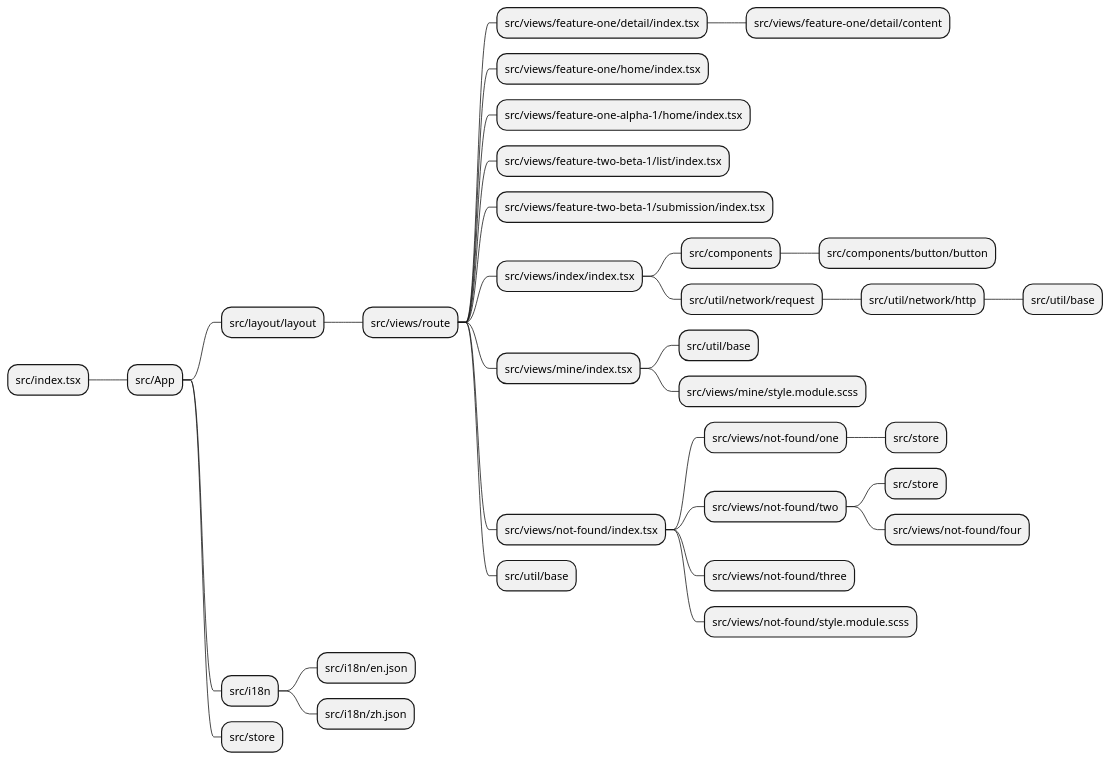
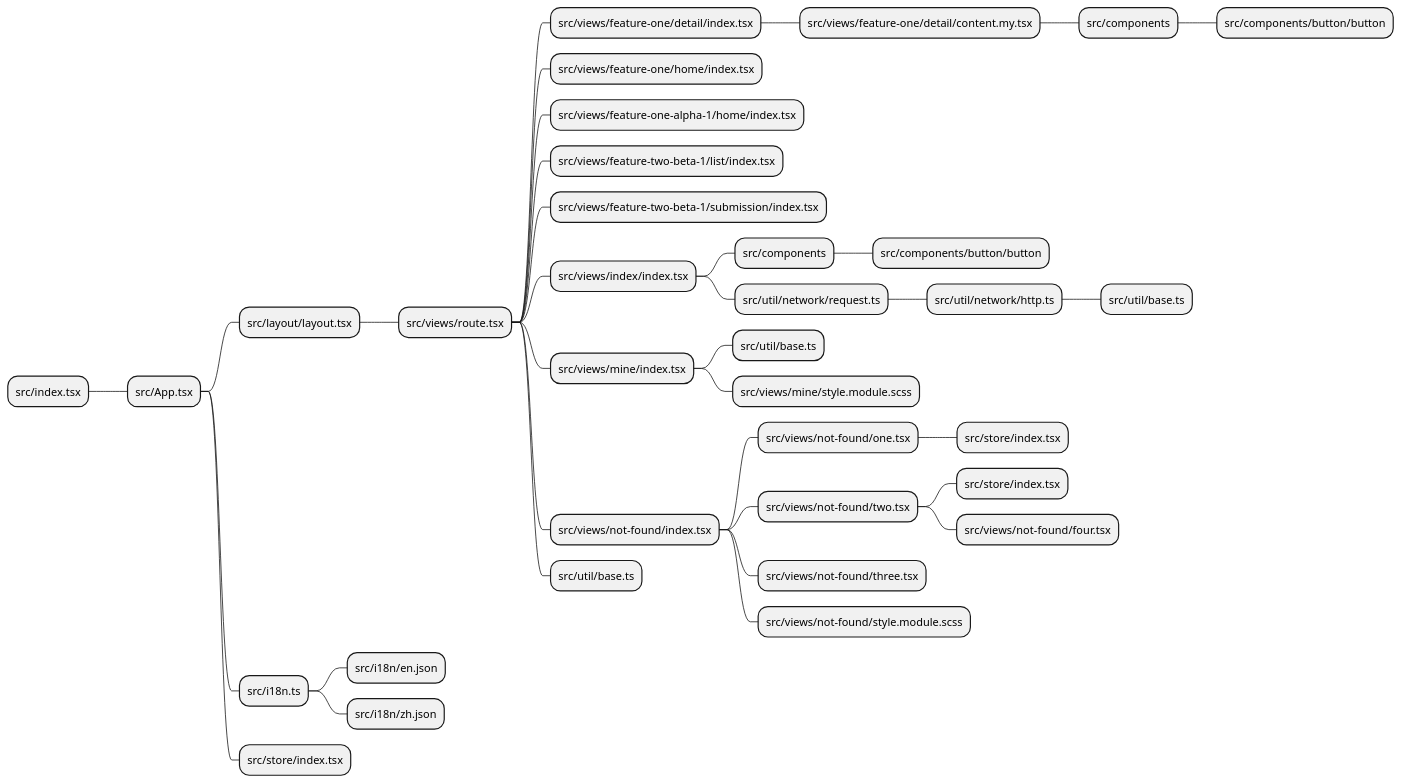
One commit to lesterlong007/react-web changed the diagram in scripts/module-graph.wsd. Above: the diagram before and after it, drawn with PlantUML. The commit also changed 10 other files, not shown here.

```diff
--- a/scripts/module-graph.wsd
+++ b/scripts/module-graph.wsd
@@ -1,34 +1,36 @@
 @startmindmap Module Graph
 * src/index.tsx
-** src/App
-*** src/layout/layout
-**** src/views/route
+** src/App.tsx
+*** src/layout/layout.tsx
+**** src/views/route.tsx
 ***** src/views/feature-one/detail/index.tsx
-****** src/views/feature-one/detail/content
+****** src/views/feature-one/detail/content.my.tsx
+******* src/components
+******** src/components/button/button
 ***** src/views/feature-one/home/index.tsx
 ***** src/views/feature-one-alpha-1/home/index.tsx
 ***** src/views/feature-two-beta-1/list/index.tsx
 ***** src/views/feature-two-beta-1/submission/index.tsx
 ***** src/views/index/index.tsx
 ****** src/components
 ******* src/components/button/button
-****** src/util/network/request
-******* src/util/network/http
-******** src/util/base
+****** src/util/network/request.ts
+******* src/util/network/http.ts
+******** src/util/base.ts
 ***** src/views/mine/index.tsx
-****** src/util/base
+****** src/util/base.ts
 ****** src/views/mine/style.module.scss
 ***** src/views/not-found/index.tsx
-****** src/views/not-found/one
-******* src/store
-****** src/views/not-found/two
-******* src/store
-******* src/views/not-found/four
-****** src/views/not-found/three
+****** src/views/not-found/one.tsx
+******* src/store/index.tsx
+****** src/views/not-found/two.tsx
+******* src/store/index.tsx
+******* src/views/not-found/four.tsx
+****** src/views/not-found/three.tsx
 ****** src/views/not-found/style.module.scss
-***** src/util/base
-*** src/i18n
+***** src/util/base.ts
+*** src/i18n.ts
 **** src/i18n/en.json
 **** src/i18n/zh.json
-*** src/store
+*** src/store/index.tsx
 @endmindmap
```
